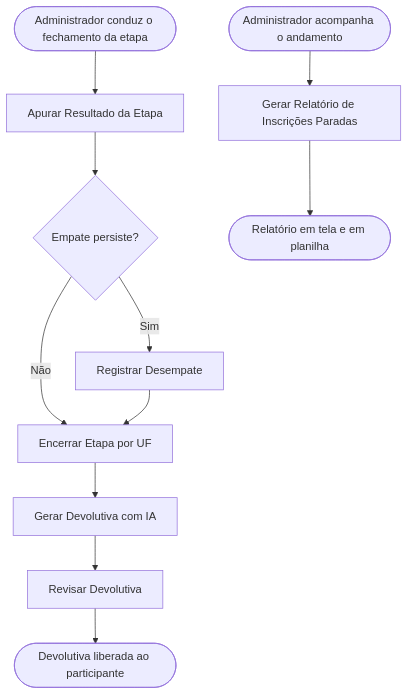
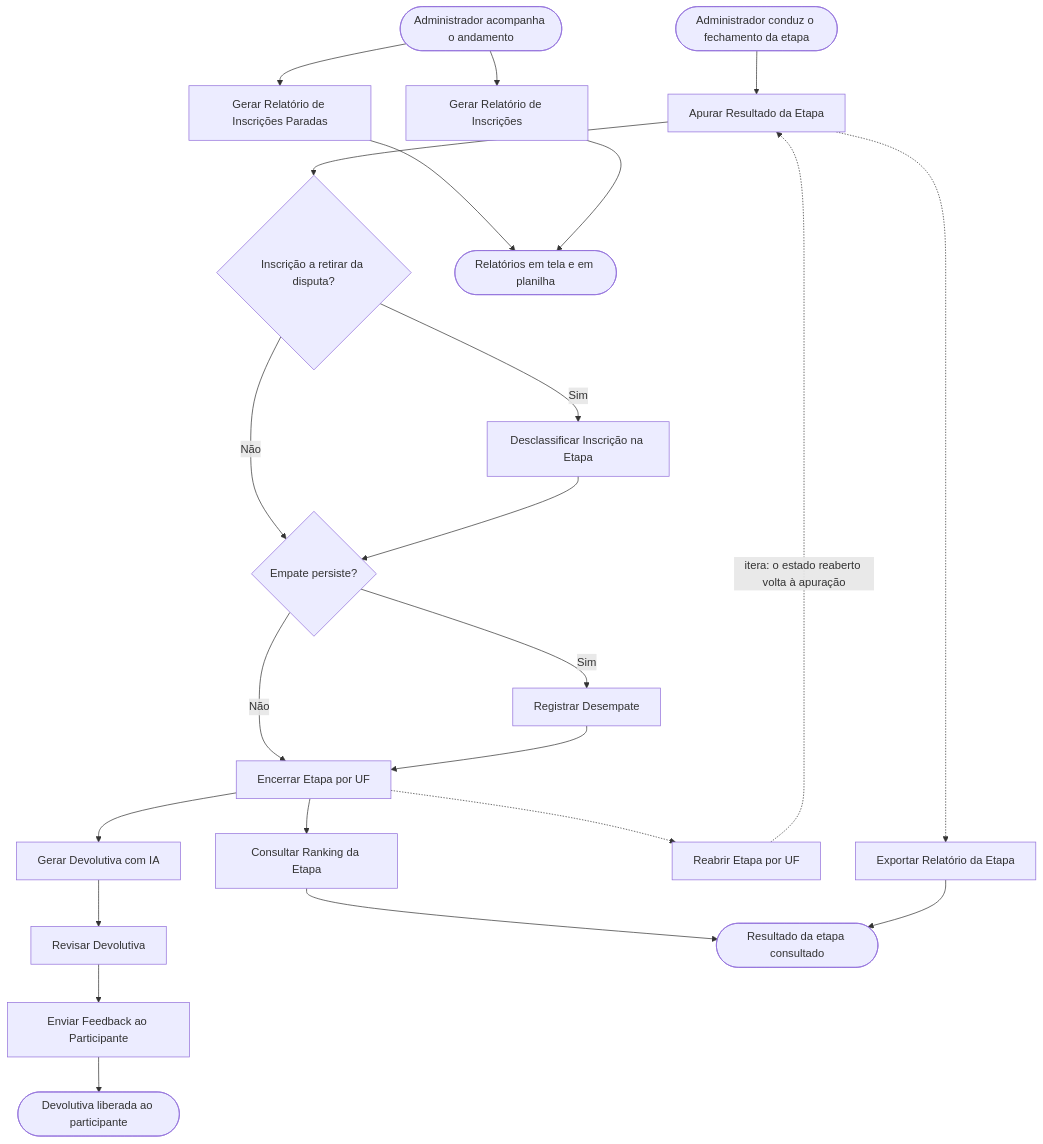
The diagram in modules/avaliacao/apuracao-devolutiva/README.md (andromarcio/phl-premio-iel), drawn with Mermaid before and after one commit. The commit also changed other lines of this file and 27 other files, not shown here.

````diff
--- a/modules/avaliacao/apuracao-devolutiva/README.md
+++ b/modules/avaliacao/apuracao-devolutiva/README.md
@@ -34,13 +34,25 @@
 ```mermaid
 flowchart TD
     A(["Administrador conduz o fechamento da etapa"]) --> B["Apurar Resultado da Etapa"]
-    B --> C{"Empate persiste?"}
+    B --> X{"Inscrição a retirar da disputa?"}
+    X -->|Sim| DQ["Desclassificar Inscrição na Etapa"]
+    X -->|Não| C{"Empate persiste?"}
+    DQ --> C
     C -->|Sim| D["Registrar Desempate"]
     C -->|Não| E["Encerrar Etapa por UF"]
     D --> E
+    B -.-> XL["Exportar Relatório da Etapa"]
     E --> F["Gerar Devolutiva com IA"]
     F --> G["Revisar Devolutiva"]
-    G --> Z(["Devolutiva liberada ao participante"])
+    G --> EF["Enviar Feedback ao Participante"]
+    EF --> Z(["Devolutiva liberada ao participante"])
+    E -.-> RA["Reabrir Etapa por UF"]
+    RA -.->|itera: o estado reaberto volta à apuração| B
+    E --> RK["Consultar Ranking da Etapa"]
+    RK --> W(["Resultado da etapa consultado"])
+    XL --> W
     R(["Administrador acompanha o andamento"]) --> H["Gerar Relatório de Inscrições Paradas"]
-    H --> Y(["Relatório em tela e em planilha"])
+    R --> H2["Gerar Relatório de Inscrições"]
+    H --> Y(["Relatórios em tela e em planilha"])
+    H2 --> Y
 ```
````
